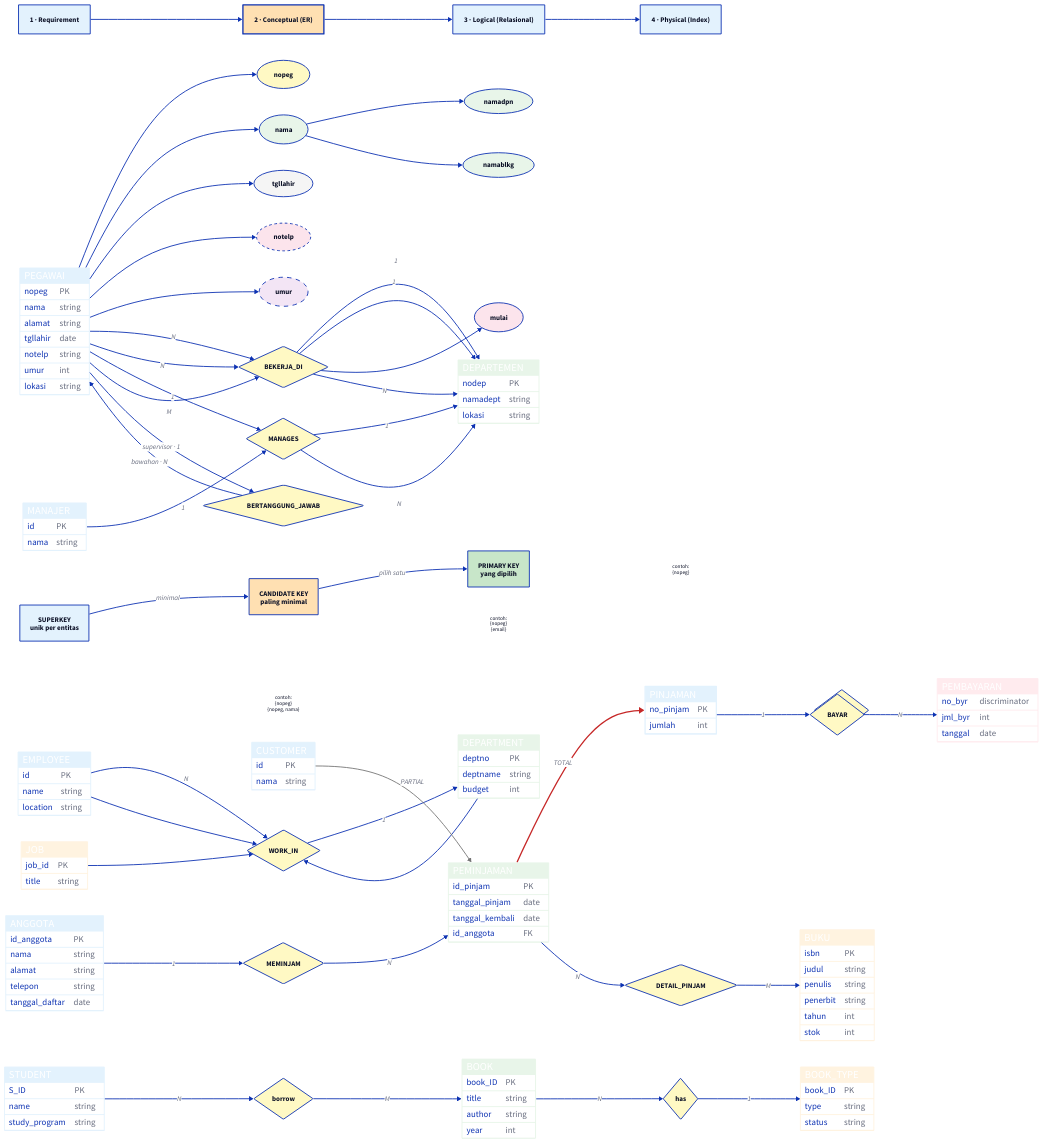
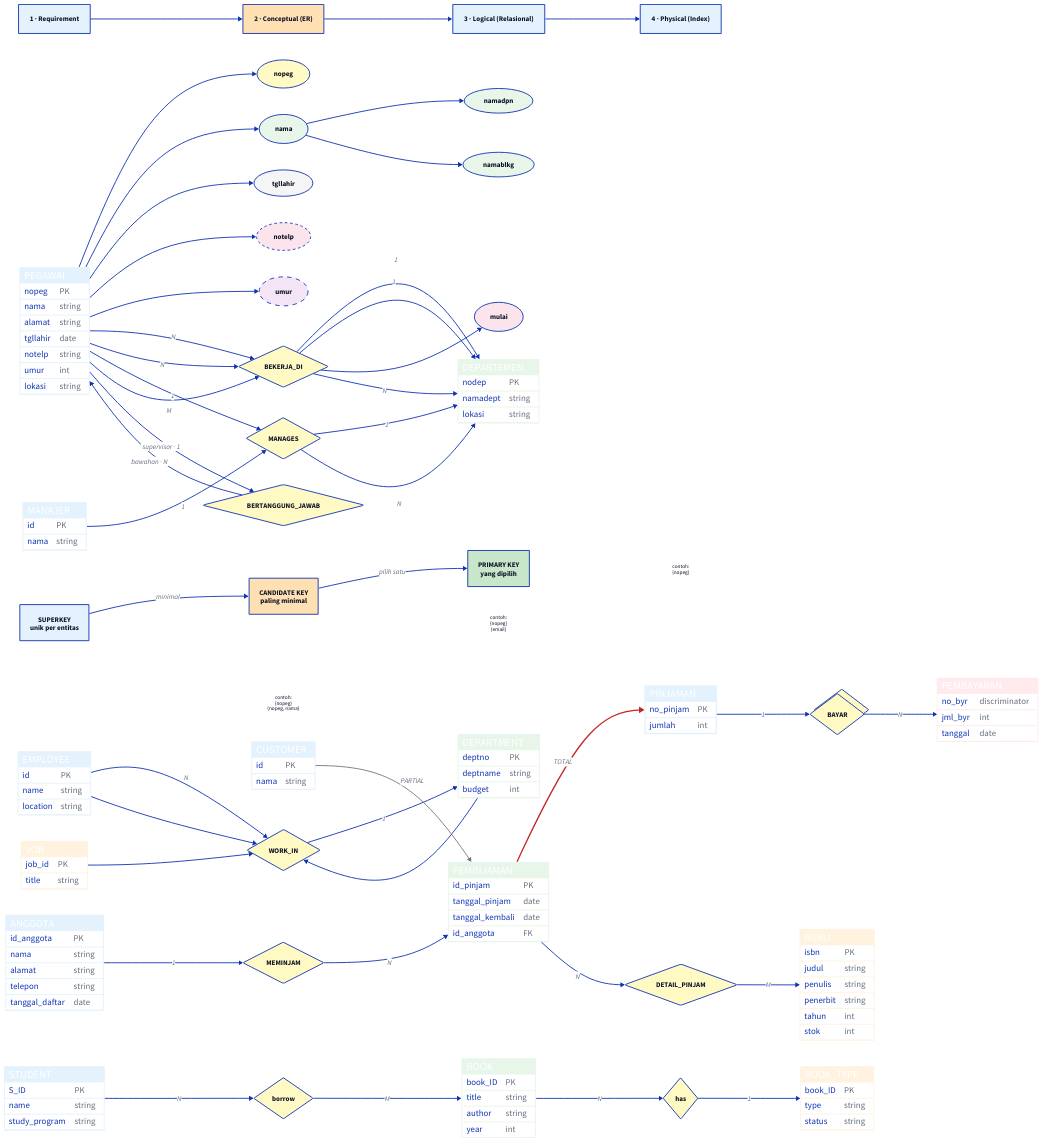
The diagram in d2-src/rpl106/pertemuan-2.d2 (mroczect/lectures), drawn with D2 before and after one commit. The commit also changed 26 other files, not shown here.

```diff
--- a/d2-src/rpl106/pertemuan-2.d2
+++ b/d2-src/rpl106/pertemuan-2.d2
@@ -1,12 +1,15 @@
+# ===== erd-siklus =====
 direction: right
 
 req: "1 · Requirement" {shape: rectangle; style.fill: "#E3F2FD"}
-erd: "2 · Conceptual (ER)" {shape: rectangle; style.fill: "#FFE0B2"; style.stroke-width: 3; style.bold: true}
+erd: "2 · Conceptual (ER)" {shape: rectangle; style.fill: "#FFE0B2"; style.bold: true}
 logical: "3 · Logical (Relasional)" {shape: rectangle; style.fill: "#E3F2FD"}
 physical: "4 · Physical (Index)" {shape: rectangle; style.fill: "#E3F2FD"}
 
 req -> erd -> logical -> physical
 
+
+# ===== erd-pegawai-basic =====
 direction: down
 
 pegawai: PEGAWAI {
@@ -17,13 +20,11 @@
   alamat: string
 }
 
+
+# ===== erd-pegawai-composite =====
 direction: right
 
-pegawai: PEGAWAI {
-  shape: rectangle
-  style.fill: "#E3F2FD"
-  style.bold: true
-}
+pegawai: PEGAWAI {shape: rectangle; style.fill: "#E3F2FD"; style.bold: true}
 
 nopeg: "nopeg" {shape: oval; style.fill: "#FFF9C4"; style.bold: true}
 nama: "nama" {shape: oval; style.fill: "#E8F5E9"}
@@ -40,6 +41,8 @@
 pegawai -> notelp
 pegawai -> umur
 
+
+# ===== erd-pegawai-dept =====
 direction: right
 
 pegawai: PEGAWAI {
@@ -65,6 +68,8 @@
 pegawai -> bekerja_di: N
 bekerja_di -> departemen: "1"
 
+
+# ===== erd-bekerja-di =====
 direction: right
 
 pegawai: PEGAWAI {
@@ -89,6 +94,8 @@
 bekerja_di -> departemen: "1"
 bekerja_di -> mulai
 
+
+# ===== erd-keys-flow =====
 direction: right
 
 superkey: "SUPERKEY\nunik per entitas" {shape: rectangle; style.fill: "#E3F2FD"}
@@ -106,6 +113,8 @@
 candidate -> ex2: {style.stroke: transparent}
 pk -> ex3: {style.stroke: transparent}
 
+
+# ===== erd-binary =====
 direction: right
 
 employee: EMPLOYEE {
@@ -129,6 +138,8 @@
 employee -> work_in: N
 work_in -> department: "1"
 
+
+# ===== erd-ternary =====
 direction: down
 
 employee: EMPLOYEE {
@@ -158,6 +169,8 @@
 department -> work_in
 job -> work_in
 
+
+# ===== erd-cardinality-1-1 =====
 direction: right
 
 pegawai: PEGAWAI {
@@ -179,6 +192,8 @@
 pegawai -> manages: "1"
 manages -> departemen: "1"
 
+
+# ===== erd-cardinality-1-n =====
 direction: right
 
 manajer: MANAJER {
@@ -200,6 +215,8 @@
 manajer -> manages: "1"
 manages -> departemen: N
 
+
+# ===== erd-cardinality-m-n =====
 direction: right
 
 pegawai: PEGAWAI {
@@ -221,6 +238,8 @@
 pegawai -> bekerja_di: M
 bekerja_di -> departemen: N
 
+
+# ===== erd-participation =====
 direction: right
 
 customer: CUSTOMER {
@@ -242,6 +261,8 @@
 customer -> peminjaman: "PARTIAL" {style.stroke: "#757575"}
 peminjaman -> pinjaman: "TOTAL" {style.stroke: "#C62828"; style.stroke-width: 3}
 
+
+# ===== erd-weak-pembayaran =====
 direction: right
 
 pinjaman: PINJAMAN {
@@ -271,6 +292,8 @@
 pinjaman -> bayar: "1"
 bayar -> pembayaran: N
 
+
+# ===== erd-book-multirel =====
 direction: down
 
 student: STUDENT {
@@ -307,6 +330,8 @@
 book -> has: N
 has -> book_type: "1"
 
+
+# ===== erd-pegawai-recursive =====
 direction: down
 
 pegawai: PEGAWAI {
@@ -322,6 +347,8 @@
 pegawai -> supervisor: "supervisor · 1"
 supervisor -> pegawai: "bawahan · N"
 
+
+# ===== erd-perpustakaan =====
 direction: right
 
 anggota: ANGGOTA {
```
